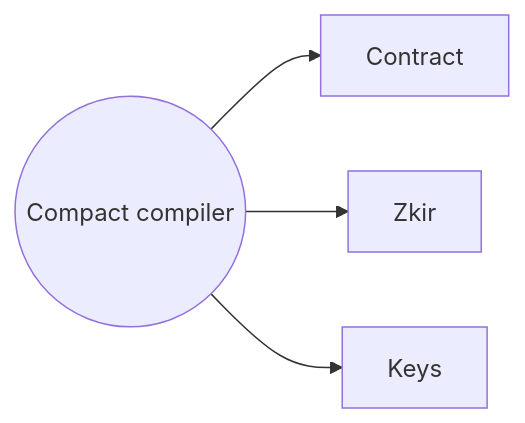
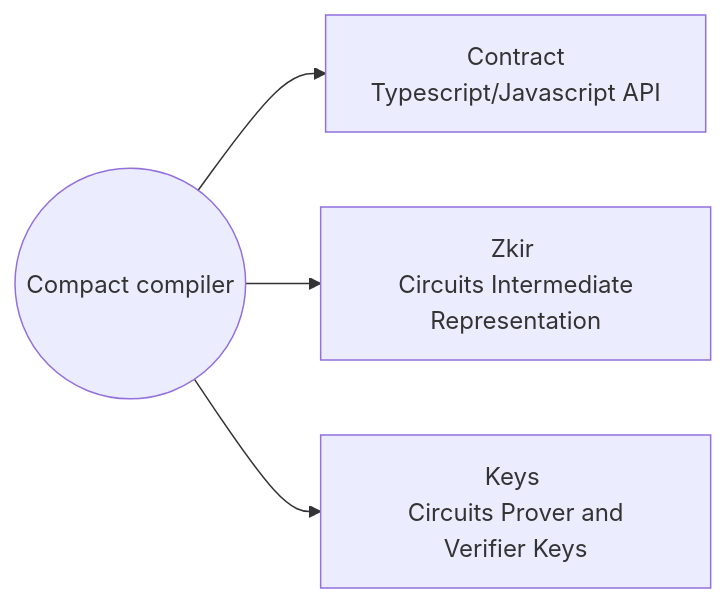
The first of 2 diagrams in README.md (solidsnakedev/learning-midnight), drawn with Mermaid before and after one commit.

````diff
--- a/README.md
+++ b/README.md
@@ -1,7 +1,7 @@
 ```mermaid
 flowchart LR
     A((Compact compiler))
-    A --> B1[Contract]
-    A --> B2[Zkir]
-    A --> B3[Keys]
+    A --> B1[Contract \n Typescript/Javascript API]
+    A --> B2[Zkir \n Circuits Intermediate Representation]
+    A --> B3[Keys \n Circuits Prover and Verifier Keys]
 ```
````
